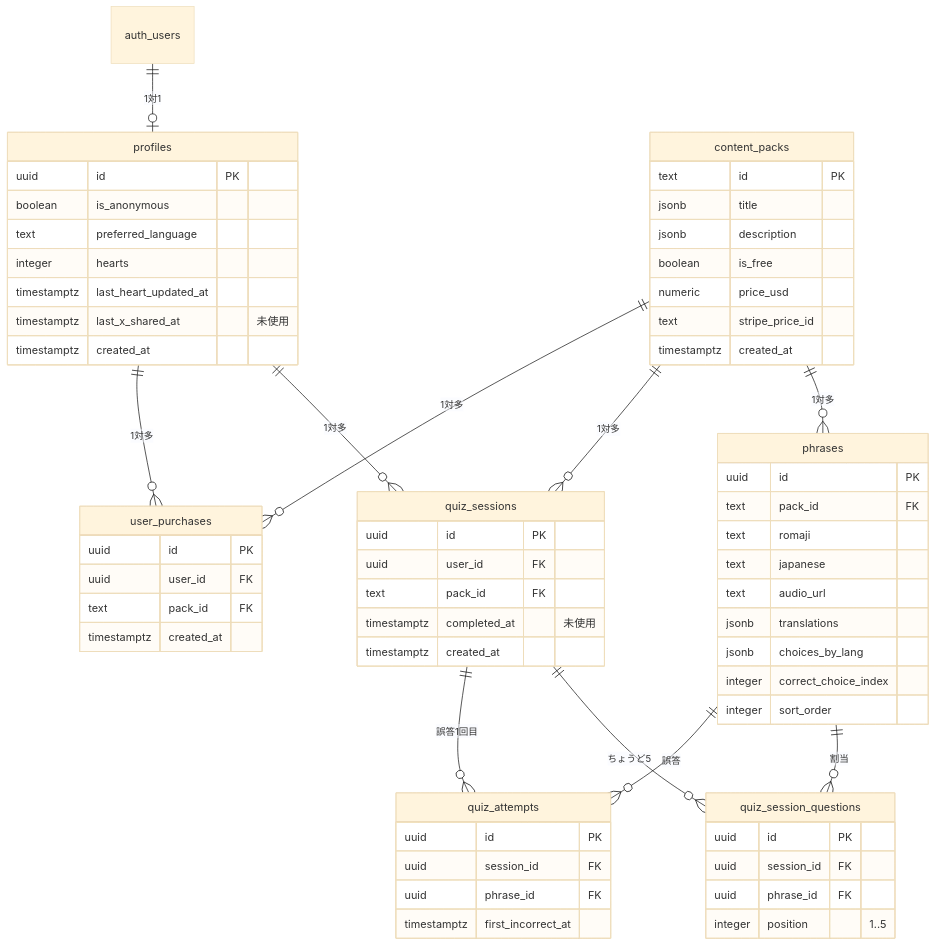
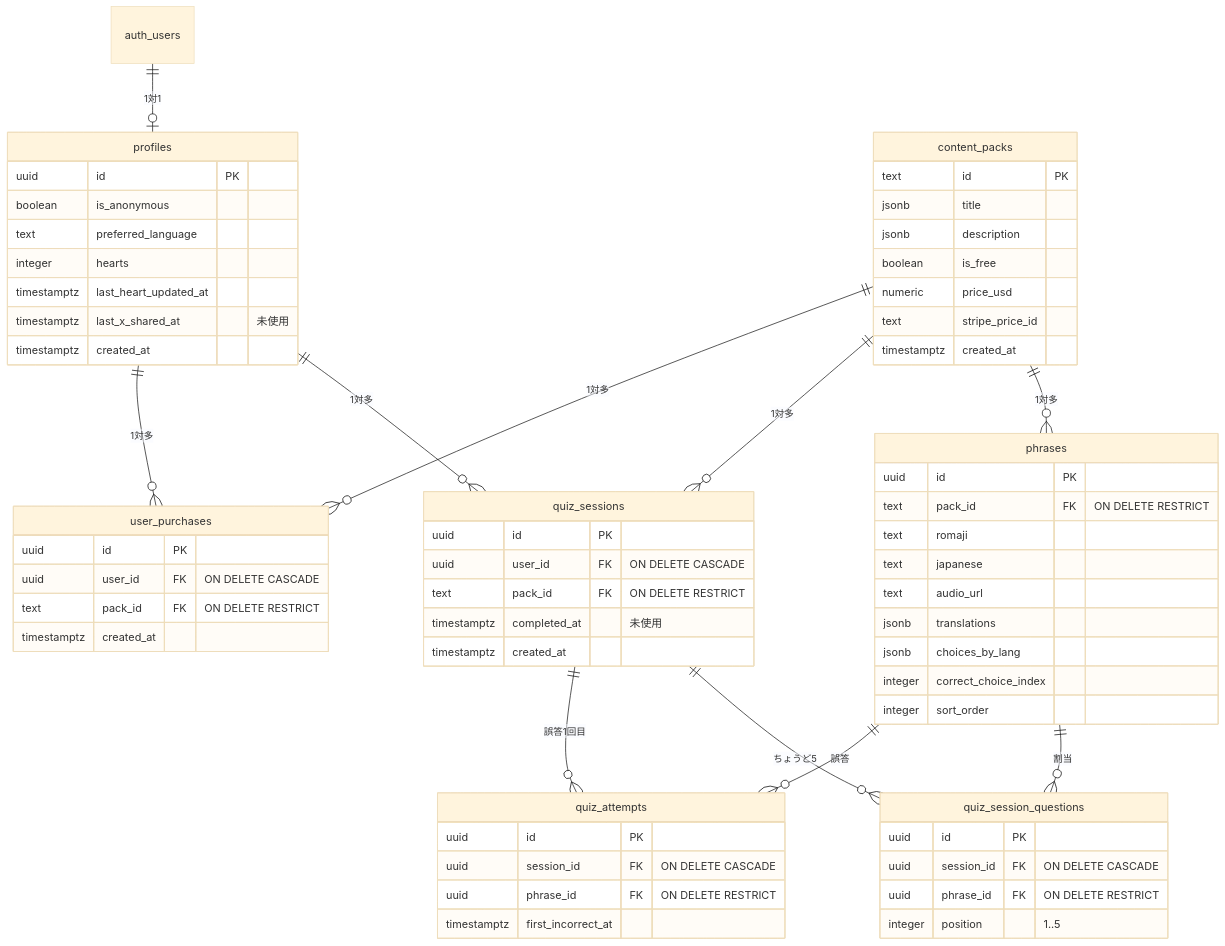
One commit to atosantasan/japanki changed the diagram in docs/design/4_db_schema.md. Above: the diagram before and after it, drawn with Mermaid (base theme). The commit also changed other lines of this file and 2 other files, not shown here.

First line of the commit message:
fix: restrict pack and phrase foreign-key deletes

````diff
--- a/docs/design/4_db_schema.md
+++ b/docs/design/4_db_schema.md
@@ -31,74 +34,74 @@
 ```mermaid
 erDiagram
     auth_users ||--o| profiles : "1対1"
     content_packs ||--o{ phrases : "1対多"
     content_packs ||--o{ quiz_sessions : "1対多"
     content_packs ||--o{ user_purchases : "1対多"
     profiles ||--o{ quiz_sessions : "1対多"
     profiles ||--o{ user_purchases : "1対多"
     quiz_sessions ||--o{ quiz_session_questions : "ちょうど5"
     quiz_sessions ||--o{ quiz_attempts : "誤答1回目"
     phrases ||--o{ quiz_session_questions : "割当"
     phrases ||--o{ quiz_attempts : "誤答"
 
     profiles {
         uuid id PK
         boolean is_anonymous
         text preferred_language
         integer hearts
         timestamptz last_heart_updated_at
         timestamptz last_x_shared_at "未使用"
         timestamptz created_at
     }
 
     content_packs {
         text id PK
         jsonb title
         jsonb description
         boolean is_free
         numeric price_usd
         text stripe_price_id
         timestamptz created_at
     }
 
     phrases {
         uuid id PK
-        text pack_id FK
+        text pack_id FK "ON DELETE RESTRICT"
         text romaji
         text japanese
         text audio_url
         jsonb translations
         jsonb choices_by_lang
         integer correct_choice_index
         integer sort_order
     }
 
     quiz_sessions {
         uuid id PK
-        uuid user_id FK
-        text pack_id FK
+        uuid user_id FK "ON DELETE CASCADE"
+        text pack_id FK "ON DELETE RESTRICT"
         timestamptz completed_at "未使用"
         timestamptz created_at
     }
 
     quiz_session_questions {
         uuid id PK
-        uuid session_id FK
-        uuid phrase_id FK
+        uuid session_id FK "ON DELETE CASCADE"
+        uuid phrase_id FK "ON DELETE RESTRICT"
         integer position "1..5"
     }
 
     quiz_attempts {
         uuid id PK
-        uuid session_id FK
-        uuid phrase_id FK
+        uuid session_id FK "ON DELETE CASCADE"
+        uuid phrase_id FK "ON DELETE RESTRICT"
         timestamptz first_incorrect_at
     }
 
     user_purchases {
         uuid id PK
-        uuid user_id FK
-        text pack_id FK
+        uuid user_id FK "ON DELETE CASCADE"
+        text pack_id FK "ON DELETE RESTRICT"
         timestamptz created_at
     }
 ```
````
